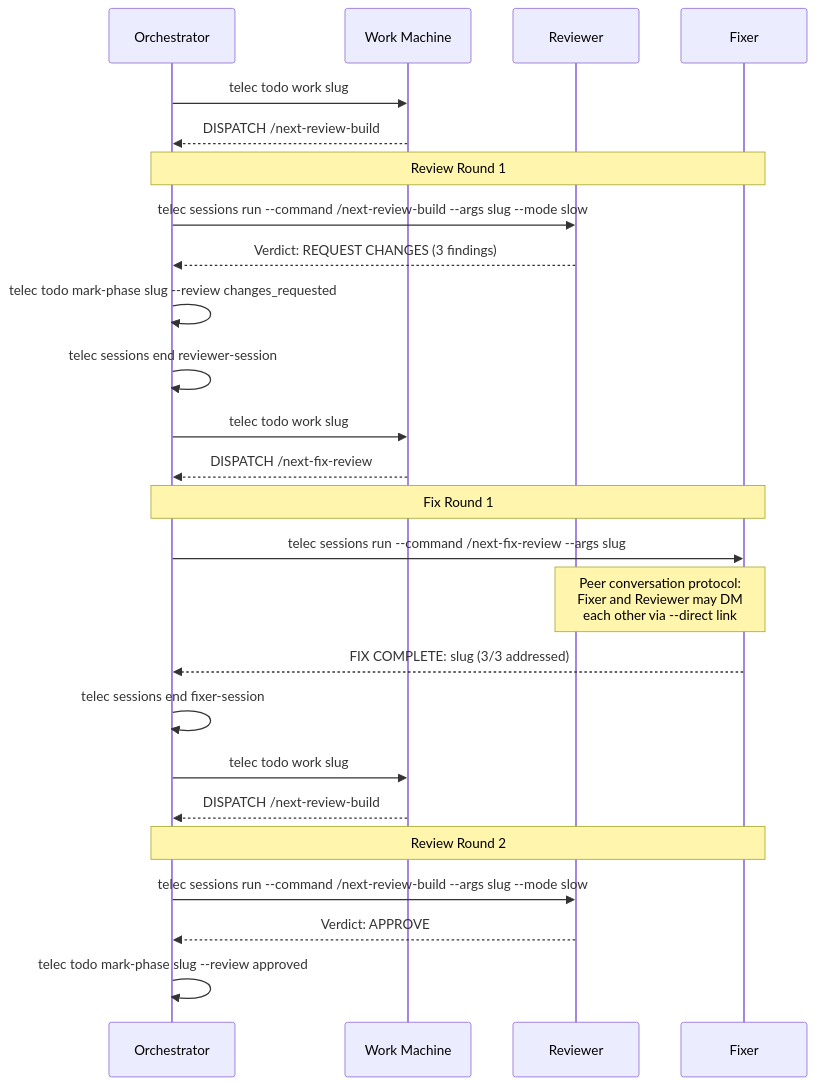
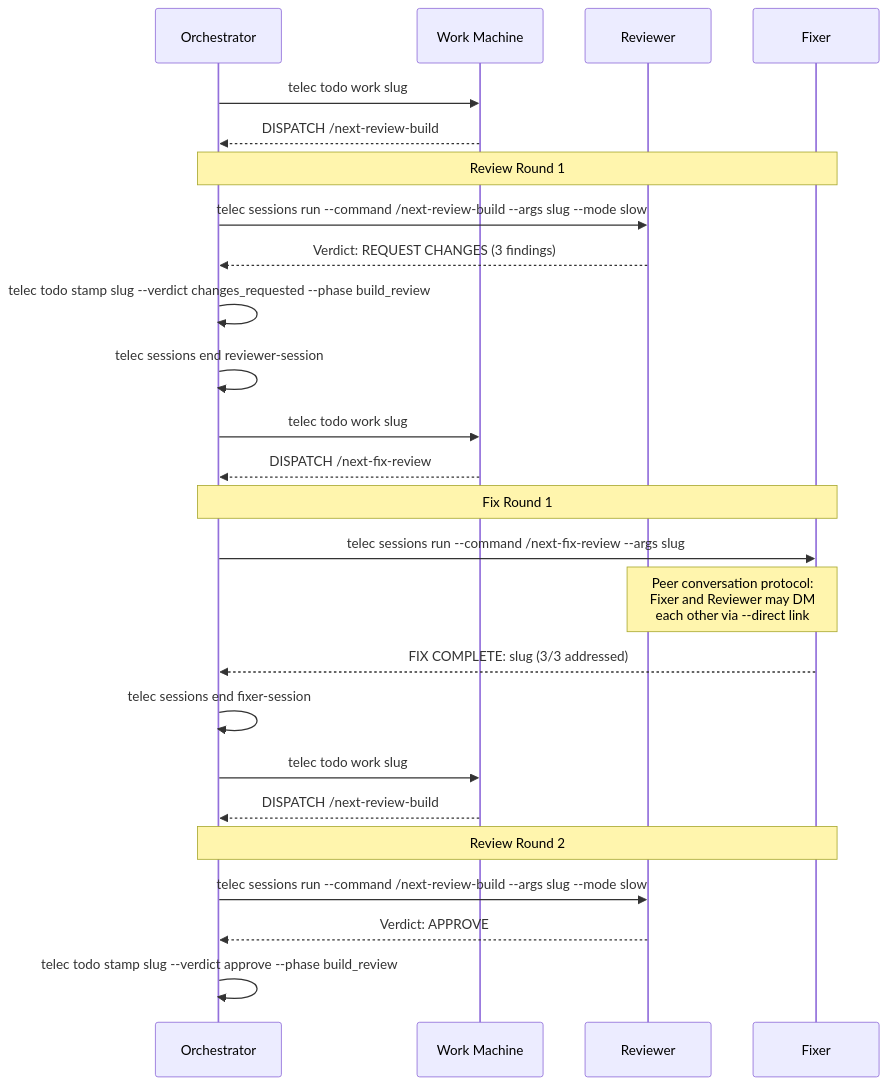
The fifth of 5 diagrams in docs/project/design/architecture/work-state-machine.md (InstruktAI/TeleClaude), drawn with Mermaid before and after one commit. The commit also changed other lines of this file and 63 other files, not shown here.

````diff
--- a/docs/project/design/architecture/work-state-machine.md
+++ b/docs/project/design/architecture/work-state-machine.md
@@ -241,33 +241,33 @@
 ```mermaid
 sequenceDiagram
     participant O as Orchestrator
     participant SM as Work Machine
     participant R as Reviewer
     participant F as Fixer
 
     O->>SM: telec todo work slug
     SM-->>O: DISPATCH /next-review-build
 
     Note over O,F: Review Round 1
     O->>R: telec sessions run --command /next-review-build --args slug --mode slow
     R-->>O: Verdict: REQUEST CHANGES (3 findings)
-    O->>O: telec todo mark-phase slug --review changes_requested
+    O->>O: telec todo stamp slug --verdict changes_requested --phase build_review
     O->>O: telec sessions end reviewer-session
 
     O->>SM: telec todo work slug
     SM-->>O: DISPATCH /next-fix-review
 
     Note over O,F: Fix Round 1
     O->>F: telec sessions run --command /next-fix-review --args slug
     Note over R,F: Peer conversation protocol:<br/>Fixer and Reviewer may DM<br/>each other via --direct link
     F-->>O: FIX COMPLETE: slug (3/3 addressed)
     O->>O: telec sessions end fixer-session
 
     O->>SM: telec todo work slug
     SM-->>O: DISPATCH /next-review-build
 
     Note over O,F: Review Round 2
     O->>R: telec sessions run --command /next-review-build --args slug --mode slow
     R-->>O: Verdict: APPROVE
-    O->>O: telec todo mark-phase slug --review approved
+    O->>O: telec todo stamp slug --verdict approve --phase build_review
 ```
````
